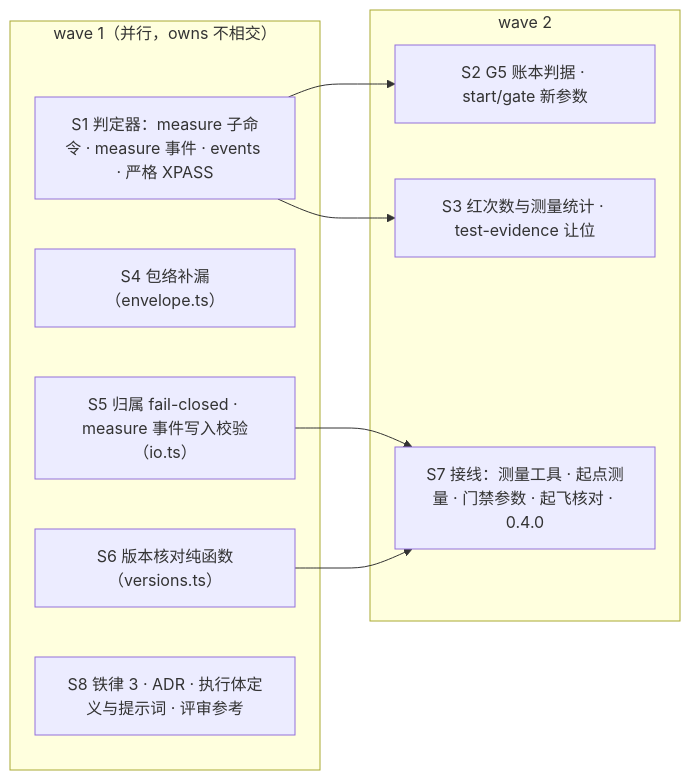
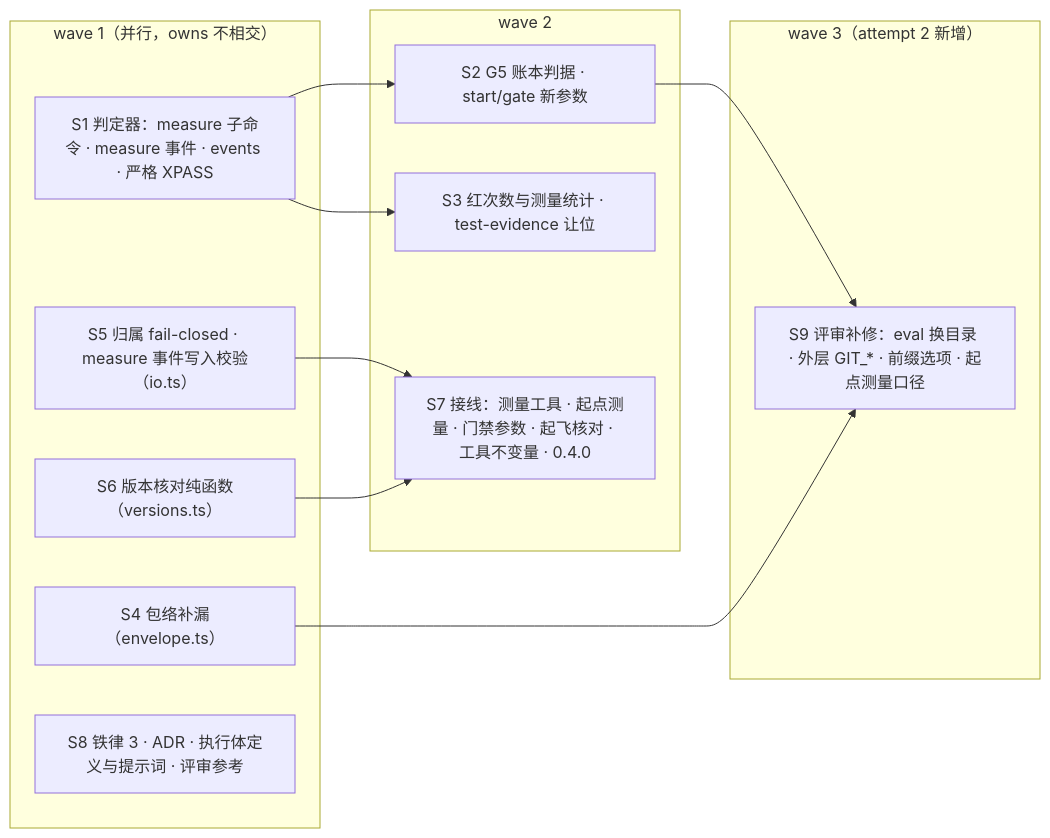
One commit to akarizo/intent-driven-claude-code changed the third of 3 diagrams in template/openspec/changes/flight-measure/design.md. Above: the diagram before and after it, drawn with Mermaid. The commit also changed other lines of this file and 12 other files, not shown here.

First line of the commit message:
docs(openspec): flight-measure attempt 1 停飞后修订计划（S7 补 owns 与工具不变量、起飞 scenario 改测接线、新增 S9 评审补修）

````diff
--- a/template/openspec/changes/flight-measure/design.md
+++ b/template/openspec/changes/flight-measure/design.md
@@ -181,19 +213,24 @@
 ```mermaid
 flowchart LR
   subgraph W1["wave 1（并行，owns 不相交）"]
     S1["S1 判定器：measure 子命令 · measure 事件 · events · 严格 XPASS"]
     S4["S4 包络补漏（envelope.ts）"]
     S5["S5 归属 fail-closed · measure 事件写入校验（io.ts）"]
     S6["S6 版本核对纯函数（versions.ts）"]
     S8["S8 铁律 3 · ADR · 执行体定义与提示词 · 评审参考"]
   end
   subgraph W2["wave 2"]
     S2["S2 G5 账本判据 · start/gate 新参数"]
     S3["S3 红次数与测量统计 · test-evidence 让位"]
-    S7["S7 接线：测量工具 · 起点测量 · 门禁参数 · 起飞核对 · 0.4.0"]
+    S7["S7 接线：测量工具 · 起点测量 · 门禁参数 · 起飞核对 · 工具不变量 · 0.4.0"]
+  end
+  subgraph W3["wave 3（attempt 2 新增）"]
+    S9["S9 评审补修：eval 换目录 · 外层 GIT_* · 前缀选项 · 起点测量口径"]
   end
   S1 --> S2
   S1 --> S3
   S5 --> S7
   S6 --> S7
+  S2 --> S9
+  S4 --> S9
 ```
````
